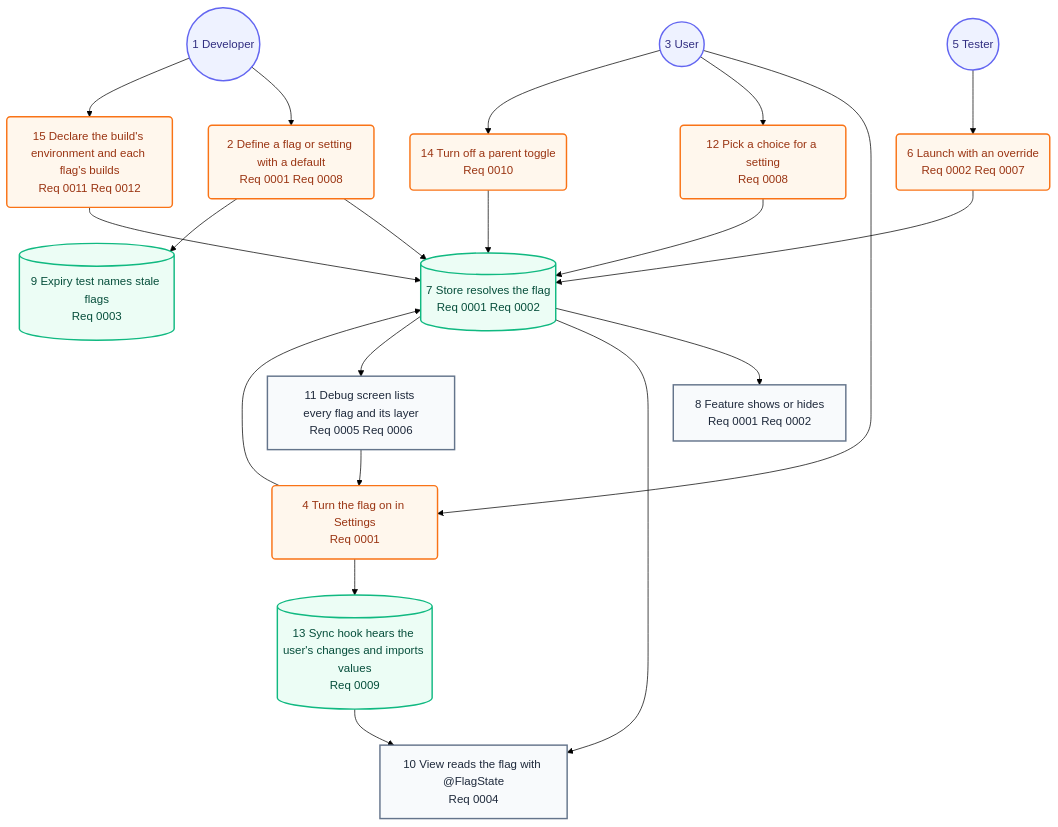
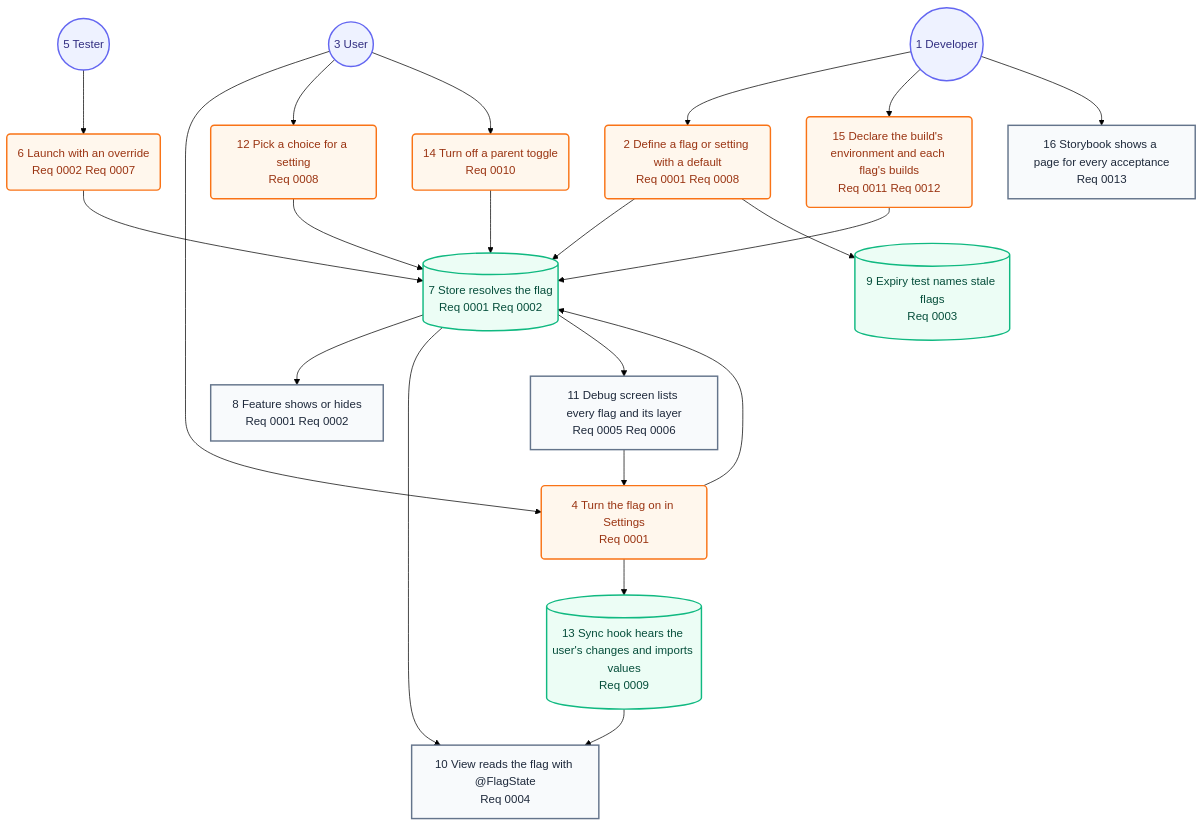
Before and after one commit to may-journal/feature-flag-kit: the second of 2 diagrams in docs/architecture/05-user-journey.md, drawn with Mermaid (forest theme). The commit also changed other lines of this file and 10 other files, not shown here.

First line of the commit message:
chore(storybook): name every page by its acceptance (#33)

````diff
--- a/docs/architecture/05-user-journey.md
+++ b/docs/architecture/05-user-journey.md
@@ -31,43 +31,45 @@
 ```mermaid
 flowchart TB
     developer((1 Developer)):::persona
     define(2 Define a flag or setting with a default<br/>Req 0001 Req 0008):::action
     user((3 User)):::persona
     toggle(4 Turn the flag on in Settings<br/>Req 0001):::action
     tester((5 Tester)):::persona
     launch(6 Launch with an override<br/>Req 0002 Req 0007):::action
     resolve[(7 Store resolves the flag<br/>Req 0001 Req 0002)]:::system
     feature[8 Feature shows or hides<br/>Req 0001 Req 0002]:::screen
     expiry[(9 Expiry test names stale flags<br/>Req 0003)]:::system
     view[10 View reads the flag with @FlagState<br/>Req 0004]:::screen
     debug[11 Debug screen lists every flag and its layer<br/>Req 0005 Req 0006]:::screen
     choose(12 Pick a choice for a setting<br/>Req 0008):::action
     sync[(13 Sync hook hears the user's changes and imports values<br/>Req 0009)]:::system
     group(14 Turn off a parent toggle<br/>Req 0010):::action
     environment(15 Declare the build's environment and each flag's builds<br/>Req 0011 Req 0012):::action
+    storybook[16 Storybook shows a page for every acceptance<br/>Req 0013]:::screen
 
     developer --> define
     user --> toggle
     tester --> launch
     define --> resolve
     toggle --> resolve
     launch --> resolve
     resolve --> feature
     define --> expiry
     resolve --> view
     resolve --> debug
     debug --> toggle
     user --> choose
     choose --> resolve
     toggle --> sync
     sync --> view
     user --> group
     group --> resolve
     developer --> environment
     environment --> resolve
+    developer --> storybook
 
     classDef persona fill:#eef2ff,stroke:#6366f1,color:#312e81,stroke-width:2px
     classDef screen fill:#f8fafc,stroke:#64748b,color:#1e293b,stroke-width:2px
     classDef action fill:#fff7ed,stroke:#f97316,color:#9a3412,stroke-width:2px
     classDef system fill:#ecfdf5,stroke:#10b981,color:#064e3b,stroke-width:2px
 ```
````
